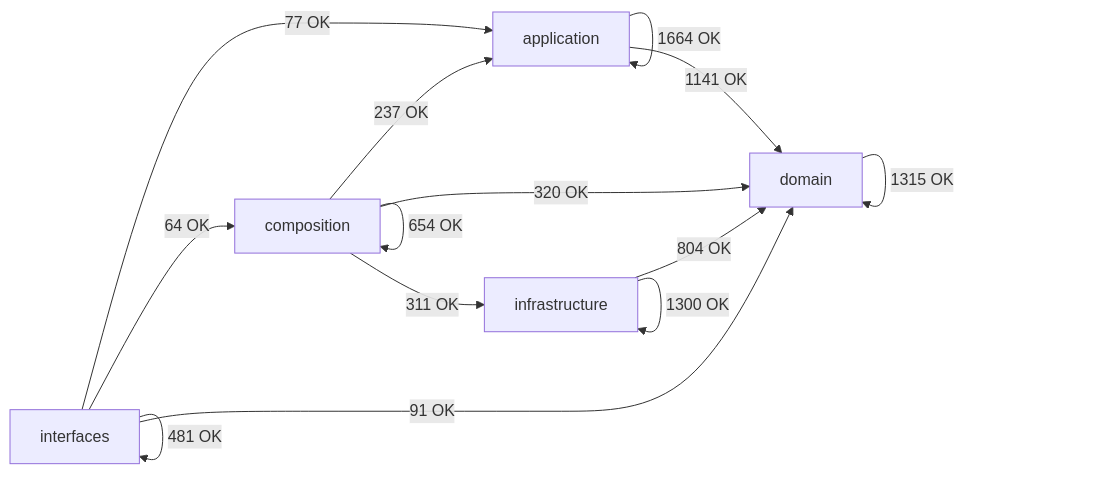
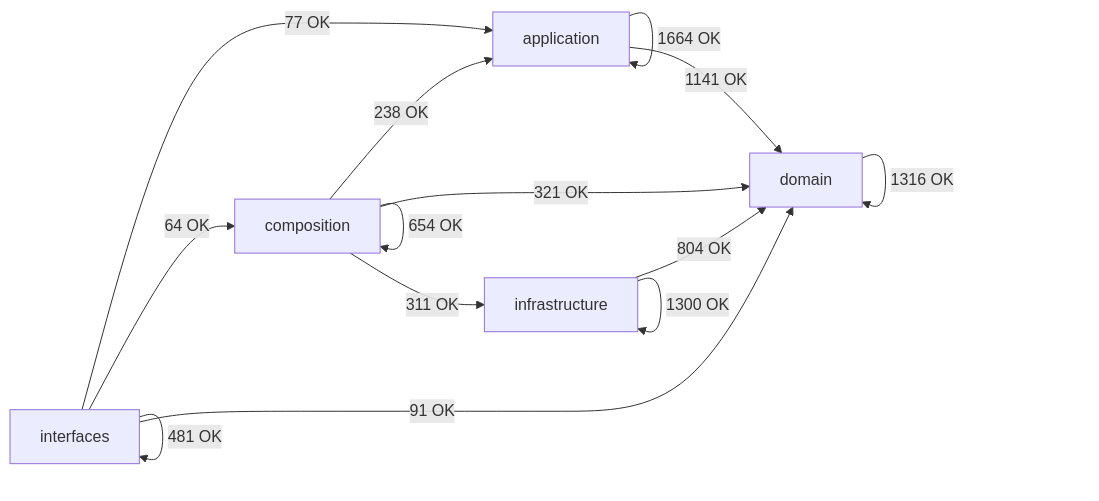
The diagram in docs/02-architecture/generated/module-dependency-map.md (SatoryKono/BioactivityDataAcquisition), drawn with Mermaid before and after one commit. The commit also changed other lines of this file and 1 other file, not shown here.

Commit message:
Refresh architecture dependency map for PR 12751

````diff
--- a/docs/02-architecture/generated/module-dependency-map.md
+++ b/docs/02-architecture/generated/module-dependency-map.md
@@ -17,21 +17,21 @@
 ```mermaid
 flowchart LR
     domain[domain]
     application[application]
     infrastructure[infrastructure]
     composition[composition]
     interfaces[interfaces]
     application -->|1664 OK| application
     application -->|1141 OK| domain
-    composition -->|237 OK| application
+    composition -->|238 OK| application
     composition -->|654 OK| composition
-    composition -->|320 OK| domain
+    composition -->|321 OK| domain
     composition -->|311 OK| infrastructure
-    domain -->|1315 OK| domain
+    domain -->|1316 OK| domain
     infrastructure -->|804 OK| domain
     infrastructure -->|1300 OK| infrastructure
     interfaces -->|77 OK| application
     interfaces -->|64 OK| composition
     interfaces -->|91 OK| domain
     interfaces -->|481 OK| interfaces
 ```
````
